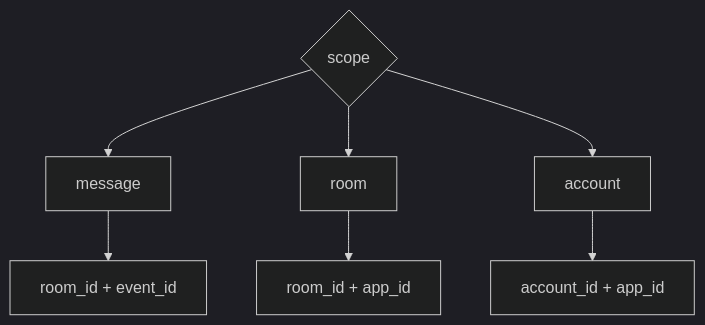
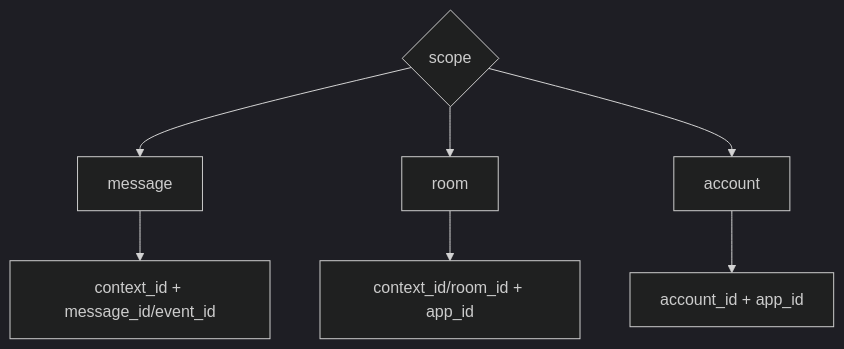
Before and after one commit to ZhangHanDong/makepad: the first of 2 diagrams in examples/aichat/specs/agent2app-book/src/04-envelope-and-scope.md, drawn with Mermaid (dark theme). The commit also changed other lines of this file and 37 other files, not shown here.

````diff
--- a/examples/aichat/specs/agent2app-book/src/04-envelope-and-scope.md
+++ b/examples/aichat/specs/agent2app-book/src/04-envelope-and-scope.md
@@ -41,11 +76,11 @@
 ```mermaid
 flowchart TB
     S{scope}
     S --> M[message]
     S --> R[room]
     S --> A[account]
 
-    M --> MK["room_id + event_id"]
-    R --> RK["room_id + app_id"]
+    M --> MK["context_id + message_id/event_id"]
+    R --> RK["context_id/room_id + app_id"]
     A --> AK["account_id + app_id"]
 ```
````
